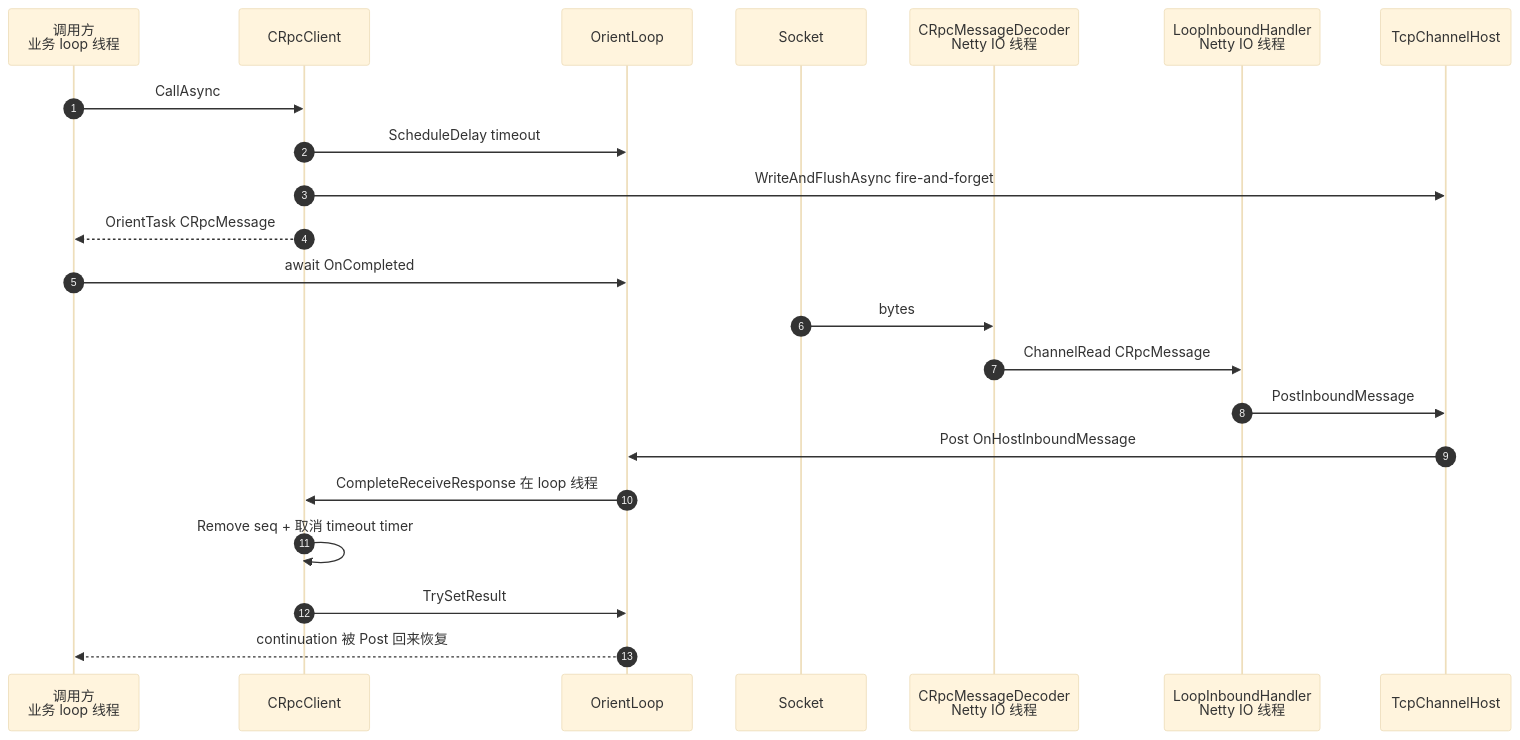
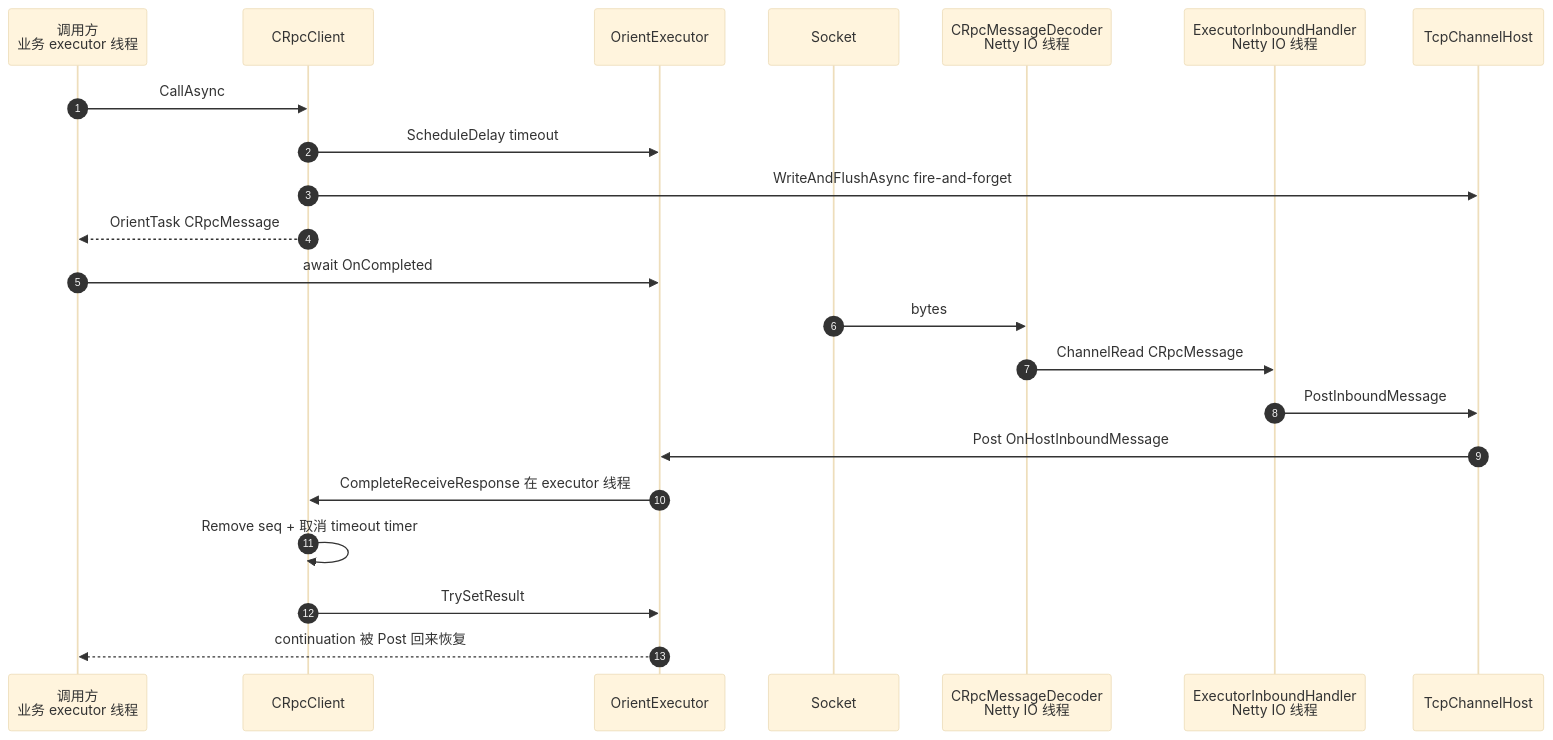
One commit to orientye/orientdotnet changed the third of 5 diagrams in Doc/architecture.md. Above: the diagram before and after it, drawn with Mermaid (base theme). The commit also changed other lines of this file and 74 other files, not shown here.

````diff
--- a/Doc/architecture.md
+++ b/Doc/architecture.md
@@ -700,26 +699,26 @@
 ```mermaid
 sequenceDiagram
     autonumber
-    participant App as 调用方<br/>业务 loop 线程
+    participant App as 调用方<br/>业务 executor 线程
     participant Cli as CRpcClient
-    participant BizLoop as OrientLoop
+    participant BizExecutor as OrientExecutor
     participant Net as Socket
     participant Dec as CRpcMessageDecoder<br/>Netty IO 线程
-    participant LIH as LoopInboundHandler<br/>Netty IO 线程
+    participant LIH as ExecutorInboundHandler<br/>Netty IO 线程
     participant Host as TcpChannelHost
 
     App->>Cli: CallAsync
-    Cli->>BizLoop: ScheduleDelay timeout
+    Cli->>BizExecutor: ScheduleDelay timeout
     Cli->>Host: WriteAndFlushAsync fire-and-forget
     Cli-->>App: OrientTask CRpcMessage
-    App->>BizLoop: await OnCompleted
+    App->>BizExecutor: await OnCompleted
 
     Net->>Dec: bytes
     Dec->>LIH: ChannelRead CRpcMessage
     LIH->>Host: PostInboundMessage
-    Host->>BizLoop: Post OnHostInboundMessage
-    BizLoop->>Cli: CompleteReceiveResponse 在 loop 线程
+    Host->>BizExecutor: Post OnHostInboundMessage
+    BizExecutor->>Cli: CompleteReceiveResponse 在 executor 线程
     Cli->>Cli: Remove seq + 取消 timeout timer
-    Cli->>BizLoop: TrySetResult
-    BizLoop-->>App: continuation 被 Post 回来恢复
+    Cli->>BizExecutor: TrySetResult
+    BizExecutor-->>App: continuation 被 Post 回来恢复
 ```
````
